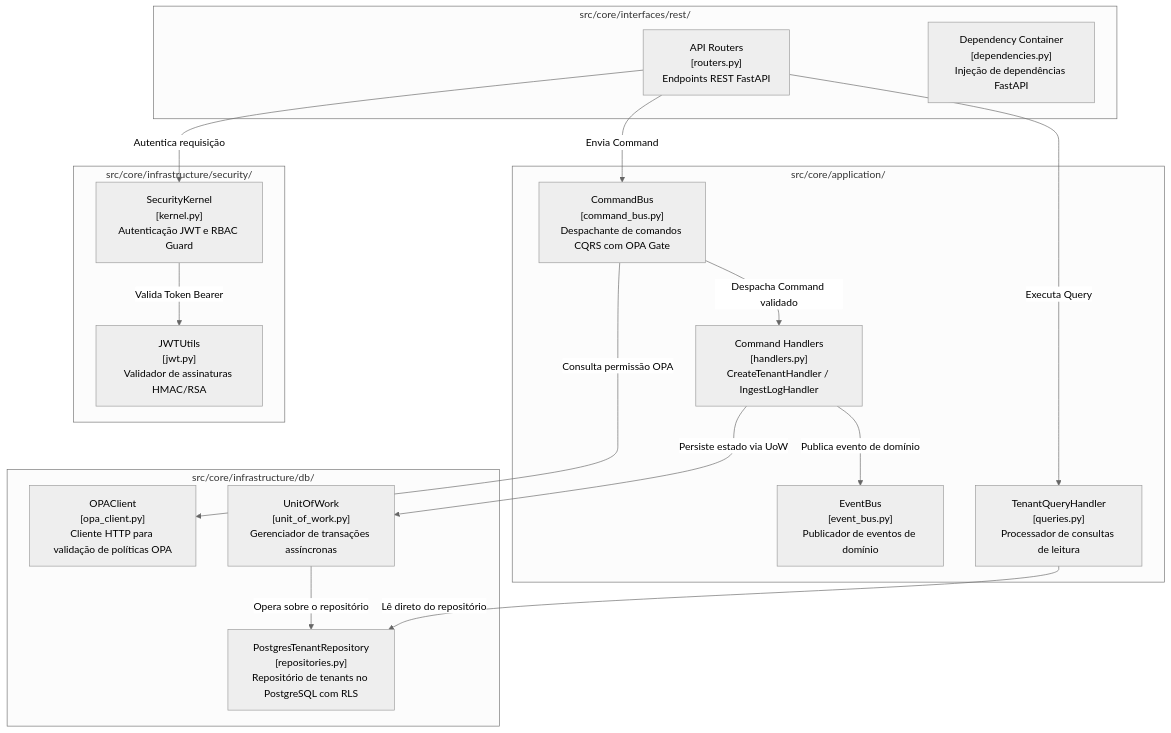
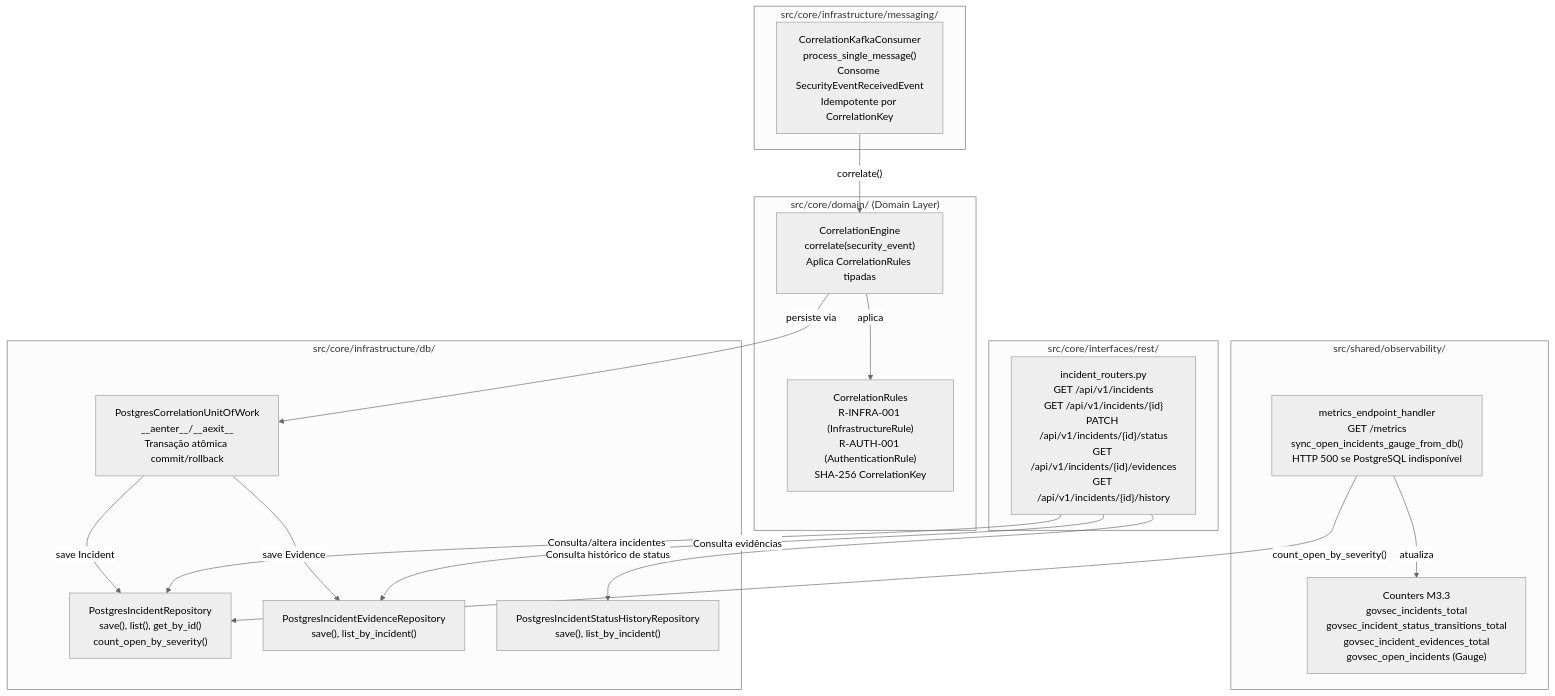
One commit to MatheusAGoveia/Prefeitura-antiHack2 changed the third of 3 diagrams in docs/architecture/c4-diagrams.md. Above: the diagram before and after it, drawn with Mermaid (neutral theme). The commit also changed other lines of this file and 2 other files, not shown here.

Commit message:
inicio de documentação atualizada

````diff
--- a/docs/architecture/c4-diagrams.md
+++ b/docs/architecture/c4-diagrams.md
@@ -72,38 +92,38 @@
 ```mermaid
 graph TD
-    subgraph CorePlatformAPI ["src/core/interfaces/rest/"]
-        rest_routers["API Routers<br/>[routers.py]<br/>Endpoints REST FastAPI"]
-        rest_deps["Dependency Container<br/>[dependencies.py]<br/>Injeção de dependências FastAPI"]
+    subgraph IncidentAPILayer ["src/core/interfaces/rest/"]
+        inc_router["incident_routers.py<br/>GET /api/v1/incidents<br/>GET /api/v1/incidents/{id}<br/>PATCH /api/v1/incidents/{id}/status<br/>GET /api/v1/incidents/{id}/evidences<br/>GET /api/v1/incidents/{id}/history"]
     end
 
-    subgraph SecurityKernelModule ["src/core/infrastructure/security/"]
-        sec_kernel["SecurityKernel<br/>[kernel.py]<br/>Autenticação JWT e RBAC Guard"]
-        jwt_utils["JWTUtils<br/>[jwt.py]<br/>Validador de assinaturas HMAC/RSA"]
+    subgraph MetricsLayer ["src/shared/observability/"]
+        metrics_ep["metrics_endpoint_handler<br/>GET /metrics<br/>sync_open_incidents_gauge_from_db()<br/>HTTP 500 se PostgreSQL indisponível"]
+        metrics_counters["Counters M3.3<br/>govsec_incidents_total<br/>govsec_incident_status_transitions_total<br/>govsec_incident_evidences_total<br/>govsec_open_incidents (Gauge)"]
     end
 
-    subgraph CQRSApplicationModule ["src/core/application/"]
-        command_bus["CommandBus<br/>[command_bus.py]<br/>Despachante de comandos CQRS com OPA Gate"]
-        event_bus["EventBus<br/>[event_bus.py]<br/>Publicador de eventos de domínio"]
-        tenant_handlers["Command Handlers<br/>[handlers.py]<br/>CreateTenantHandler / IngestLogHandler"]
-        query_handlers["TenantQueryHandler<br/>[queries.py]<br/>Processador de consultas de leitura"]
+    subgraph CorrelationWorkerLayer ["src/core/infrastructure/messaging/"]
+        consumer["CorrelationKafkaConsumer<br/>process_single_message()<br/>Consome SecurityEventReceivedEvent<br/>Idempotente por CorrelationKey"]
     end
 
-    subgraph InfrastructureDBModule ["src/core/infrastructure/db/"]
-        uow["UnitOfWork<br/>[unit_of_work.py]<br/>Gerenciador de transações assíncronas"]
-        tenant_repo["PostgresTenantRepository<br/>[repositories.py]<br/>Repositório de tenants no PostgreSQL com RLS"]
-        opa_client["OPAClient<br/>[opa_client.py]<br/>Cliente HTTP para validação de políticas OPA"]
+    subgraph CorrelationEngineLayer ["src/core/domain/ (Domain Layer)"]
+        engine["CorrelationEngine<br/>correlate(security_event)<br/>Aplica CorrelationRules tipadas"]
+        rules["CorrelationRules<br/>R-INFRA-001 (InfrastructureRule)<br/>R-AUTH-001 (AuthenticationRule)<br/>SHA-256 CorrelationKey"]
     end
 
-    rest_routers -->|"Autentica requisição"| sec_kernel
-    sec_kernel -->|"Valida Token Bearer"| jwt_utils
-    rest_routers -->|"Envia Command"| command_bus
-    rest_routers -->|"Executa Query"| query_handlers
-    
-    command_bus -->|"Consulta permissão OPA"| opa_client
-    command_bus -->|"Despacha Command validado"| tenant_handlers
-    
-    tenant_handlers -->|"Persiste estado via UoW"| uow
-    uow -->|"Opera sobre o repositório"| tenant_repo
-    tenant_handlers -->|"Publica evento de domínio"| event_bus
-    query_handlers -->|"Lê direto do repositório"| tenant_repo
+    subgraph RepositoriesLayer ["src/core/infrastructure/db/"]
+        inc_repo["PostgresIncidentRepository<br/>save(), list(), get_by_id()<br/>count_open_by_severity()"]
+        ev_repo["PostgresIncidentEvidenceRepository<br/>save(), list_by_incident()"]
+        hist_repo["PostgresIncidentStatusHistoryRepository<br/>save(), list_by_incident()"]
+        uow["PostgresCorrelationUnitOfWork<br/>__aenter__/__aexit__<br/>Transação atômica commit/rollback"]
+    end
+
+    inc_router -->|"Consulta/altera incidentes"| inc_repo
+    inc_router -->|"Consulta evidências"| ev_repo
+    inc_router -->|"Consulta histórico de status"| hist_repo
+    metrics_ep -->|"count_open_by_severity()"| inc_repo
+    metrics_ep -->|"atualiza"| metrics_counters
+    consumer -->|"correlate()"| engine
+    engine -->|"aplica"| rules
+    engine -->|"persiste via"| uow
+    uow -->|"save Incident"| inc_repo
+    uow -->|"save Evidence"| ev_repo
 ```
````
